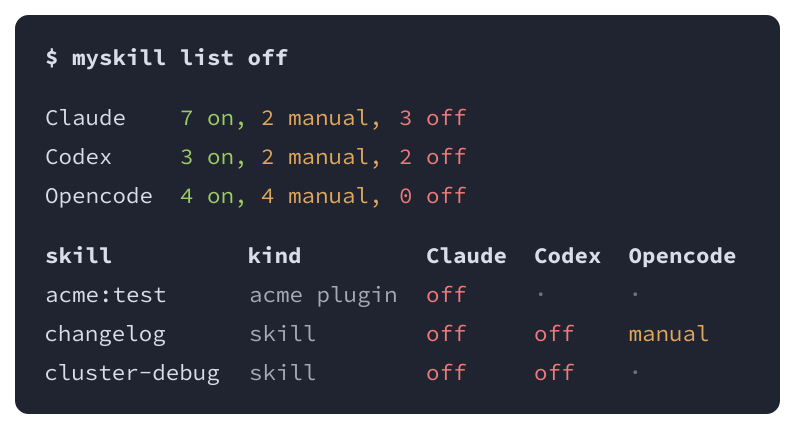
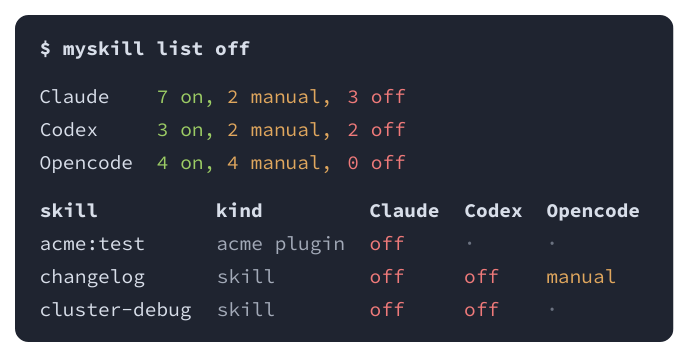
Before and after one commit to vadbosh/myskills: the diagram in docs/list-off.d2, drawn with D2. The commit also changed 4 other files, not shown here.

```diff
--- a/docs/list-off.d2
+++ b/docs/list-off.d2
@@ -2,13 +2,13 @@
 vars: {d2-config: {pad: 0}}
 term: "" {
   grid-columns: 1
-  grid-gap: 14
+  grid-gap: 10
   style: {fill: "#1f2430"; stroke: "#1f2430"; border-radius: 8}
   prompt: '$ myskill list off' {
-    width: 182
-    height: 26
+    width: 158
+    height: 22
     label.near: center-left
-    style: {fill: transparent; stroke-width: 0; font: mono; font-size: 15; font-color: "#d8dee9"; bold: true}
+    style: {fill: transparent; stroke-width: 0; font: mono; font-size: 13; font-color: "#d8dee9"; bold: true}
   }
   summary: "" {
     grid-rows: 3
@@ -16,76 +16,76 @@
     grid-gap: 0
     style: {fill: transparent; stroke-width: 0}
     r0c0: 'Claude' {
-      width: 91
-      height: 26
+      width: 79
+      height: 22
       label.near: center-left
-      style: {fill: transparent; stroke-width: 0; font: mono; font-size: 15; font-color: "#d8dee9"; bold: false}
+      style: {fill: transparent; stroke-width: 0; font: mono; font-size: 13; font-color: "#d8dee9"; bold: false}
     }
     r0c1: '7 on,' {
-      width: 54
-      height: 26
+      width: 47
+      height: 22
       label.near: center-left
-      style: {fill: transparent; stroke-width: 0; font: mono; font-size: 15; font-color: "#9ccc65"; bold: false}
+      style: {fill: transparent; stroke-width: 0; font: mono; font-size: 13; font-color: "#9ccc65"; bold: false}
     }
     r0c2: '2 manual,' {
-      width: 91
-      height: 26
+      width: 79
+      height: 22
       label.near: center-left
-      style: {fill: transparent; stroke-width: 0; font: mono; font-size: 15; font-color: "#e0a75e"; bold: false}
+      style: {fill: transparent; stroke-width: 0; font: mono; font-size: 13; font-color: "#e0a75e"; bold: false}
     }
     r0c3: '3 off' {
-      width: 54
-      height: 26
+      width: 47
+      height: 22
       label.near: center-left
-      style: {fill: transparent; stroke-width: 0; font: mono; font-size: 15; font-color: "#ef7a7a"; bold: false}
+      style: {fill: transparent; stroke-width: 0; font: mono; font-size: 13; font-color: "#ef7a7a"; bold: false}
     }
     r1c0: 'Codex' {
-      width: 91
-      height: 26
+      width: 79
+      height: 22
       label.near: center-left
-      style: {fill: transparent; stroke-width: 0; font: mono; font-size: 15; font-color: "#d8dee9"; bold: false}
+      style: {fill: transparent; stroke-width: 0; font: mono; font-size: 13; font-color: "#d8dee9"; bold: false}
     }
     r1c1: '3 on,' {
-      width: 54
-      height: 26
+      width: 47
+      height: 22
       label.near: center-left
-      style: {fill: transparent; stroke-width: 0; font: mono; font-size: 15; font-color: "#9ccc65"; bold: false}
+      style: {fill: transparent; stroke-width: 0; font: mono; font-size: 13; font-color: "#9ccc65"; bold: false}
     }
     r1c2: '2 manual,' {
-      width: 91
-      height: 26
+      width: 79
+      height: 22
       label.near: center-left
-      style: {fill: transparent; stroke-width: 0; font: mono; font-size: 15; font-color: "#e0a75e"; bold: false}
+      style: {fill: transparent; stroke-width: 0; font: mono; font-size: 13; font-color: "#e0a75e"; bold: false}
     }
     r1c3: '2 off' {
-      width: 54
-      height: 26
+      width: 47
+      height: 22
       label.near: center-left
-      style: {fill: transparent; stroke-width: 0; font: mono; font-size: 15; font-color: "#ef7a7a"; bold: false}
+      style: {fill: transparent; stroke-width: 0; font: mono; font-size: 13; font-color: "#ef7a7a"; bold: false}
     }
     r2c0: 'Opencode' {
-      width: 91
-      height: 26
+      width: 79
+      height: 22
       label.near: center-left
-      style: {fill: transparent; stroke-width: 0; font: mono; font-size: 15; font-color: "#d8dee9"; bold: false}
+      style: {fill: transparent; stroke-width: 0; font: mono; font-size: 13; font-color: "#d8dee9"; bold: false}
     }
     r2c1: '4 on,' {
-      width: 54
-      height: 26
+      width: 47
+      height: 22
       label.near: center-left
-      style: {fill: transparent; stroke-width: 0; font: mono; font-size: 15; font-color: "#9ccc65"; bold: false}
+      style: {fill: transparent; stroke-width: 0; font: mono; font-size: 13; font-color: "#9ccc65"; bold: false}
     }
     r2c2: '4 manual,' {
-      width: 91
-      height: 26
+      width: 79
+      height: 22
       label.near: center-left
-      style: {fill: transparent; stroke-width: 0; font: mono; font-size: 15; font-color: "#e0a75e"; bold: false}
+      style: {fill: transparent; stroke-width: 0; font: mono; font-size: 13; font-color: "#e0a75e"; bold: false}
     }
     r2c3: '0 off' {
-      width: 54
-      height: 26
+      width: 47
+      height: 22
       label.near: center-left
-      style: {fill: transparent; stroke-width: 0; font: mono; font-size: 15; font-color: "#ef7a7a"; bold: false}
+      style: {fill: transparent; stroke-width: 0; font: mono; font-size: 13; font-color: "#ef7a7a"; bold: false}
     }
   }
   table: "" {
@@ -94,124 +94,124 @@
     grid-gap: 0
     style: {fill: transparent; stroke-width: 0}
     r0c0: 'skill' {
-      width: 136
-      height: 26
+      width: 118
+      height: 22
       label.near: center-left
-      style: {fill: transparent; stroke-width: 0; font: mono; font-size: 15; font-color: "#d8dee9"; bold: true}
+      style: {fill: transparent; stroke-width: 0; font: mono; font-size: 13; font-color: "#d8dee9"; bold: true}
     }
     r0c1: 'kind' {
-      width: 118
-      height: 26
+      width: 102
+      height: 22
       label.near: center-left
-      style: {fill: transparent; stroke-width: 0; font: mono; font-size: 15; font-color: "#d8dee9"; bold: true}
+      style: {fill: transparent; stroke-width: 0; font: mono; font-size: 13; font-color: "#d8dee9"; bold: true}
     }
     r0c2: 'Claude' {
-      width: 72
-      height: 26
+      width: 63
+      height: 22
       label.near: center-left
-      style: {fill: transparent; stroke-width: 0; font: mono; font-size: 15; font-color: "#d8dee9"; bold: true}
+      style: {fill: transparent; stroke-width: 0; font: mono; font-size: 13; font-color: "#d8dee9"; bold: true}
     }
     r0c3: 'Codex' {
-      width: 63
-      height: 26
+      width: 55
+      height: 22
       label.near: center-left
-      style: {fill: transparent; stroke-width: 0; font: mono; font-size: 15; font-color: "#d8dee9"; bold: true}
+      style: {fill: transparent; stroke-width: 0; font: mono; font-size: 13; font-color: "#d8dee9"; bold: true}
     }
     r0c4: 'Opencode' {
-      width: 91
-      height: 26
+      width: 79
+      height: 22
       label.near: center-left
-      style: {fill: transparent; stroke-width: 0; font: mono; font-size: 15; font-color: "#d8dee9"; bold: true}
+      style: {fill: transparent; stroke-width: 0; font: mono; font-size: 13; font-color: "#d8dee9"; bold: true}
     }
     r1c0: 'acme:test' {
-      width: 136
-      height: 26
+      width: 118
+      height: 22
       label.near: center-left
-      style: {fill: transparent; stroke-width: 0; font: mono; font-size: 15; font-color: "#d8dee9"; bold: false}
+      style: {fill: transparent; stroke-width: 0; font: mono; font-size: 13; font-color: "#d8dee9"; bold: false}
     }
     r1c1: 'acme plugin' {
-      width: 118
-      height: 26
+      width: 102
+      height: 22
       label.near: center-left
-      style: {fill: transparent; stroke-width: 0; font: mono; font-size: 15; font-color: "#a3aab8"; bold: false}
+      style: {fill: transparent; stroke-width: 0; font: mono; font-size: 13; font-color: "#a3aab8"; bold: false}
     }
     r1c2: 'off' {
-      width: 72
-      height: 26
+      width: 63
+      height: 22
       label.near: center-left
-      style: {fill: transparent; stroke-width: 0; font: mono; font-size: 15; font-color: "#ef7a7a"; bold: false}
+      style: {fill: transparent; stroke-width: 0; font: mono; font-size: 13; font-color: "#ef7a7a"; bold: false}
     }
     r1c3: '·' {
-      width: 63
-      height: 26
+      width: 55
+      height: 22
       label.near: center-left
-      style: {fill: transparent; stroke-width: 0; font: mono; font-size: 15; font-color: "#6b7280"; bold: false}
+      style: {fill: transparent; stroke-width: 0; font: mono; font-size: 13; font-color: "#6b7280"; bold: false}
     }
     r1c4: '·' {
-      width: 91
-      height: 26
+      width: 79
+      height: 22
       label.near: center-left
-      style: {fill: transparent; stroke-width: 0; font: mono; font-size: 15; font-color: "#6b7280"; bold: false}
+      style: {fill: transparent; stroke-width: 0; font: mono; font-size: 13; font-color: "#6b7280"; bold: false}
     }
     r2c0: 'changelog' {
-      width: 136
-      height: 26
+      width: 118
+      height: 22
       label.near: center-left
-      style: {fill: transparent; stroke-width: 0; font: mono; font-size: 15; font-color: "#d8dee9"; bold: false}
+      style: {fill: transparent; stroke-width: 0; font: mono; font-size: 13; font-color: "#d8dee9"; bold: false}
     }
     r2c1: 'skill' {
-      width: 118
-      height: 26
+      width: 102
+      height: 22
       label.near: center-left
-      style: {fill: transparent; stroke-width: 0; font: mono; font-size: 15; font-color: "#a3aab8"; bold: false}
+      style: {fill: transparent; stroke-width: 0; font: mono; font-size: 13; font-color: "#a3aab8"; bold: false}
     }
     r2c2: 'off' {
-      width: 72
-      height: 26
+      width: 63
+      height: 22
       label.near: center-left
-      style: {fill: transparent; stroke-width: 0; font: mono; font-size: 15; font-color: "#ef7a7a"; bold: false}
+      style: {fill: transparent; stroke-width: 0; font: mono; font-size: 13; font-color: "#ef7a7a"; bold: false}
     }
     r2c3: 'off' {
-      width: 63
-      height: 26
+      width: 55
+      height: 22
       label.near: center-left
-      style: {fill: transparent; stroke-width: 0; font: mono; font-size: 15; font-color: "#ef7a7a"; bold: false}
+      style: {fill: transparent; stroke-width: 0; font: mono; font-size: 13; font-color: "#ef7a7a"; bold: false}
     }
     r2c4: 'manual' {
-      width: 91
-      height: 26
+      width: 79
+      height: 22
       label.near: center-left
-      style: {fill: transparent; stroke-width: 0; font: mono; font-size: 15; font-color: "#e0a75e"; bold: false}
+      style: {fill: transparent; stroke-width: 0; font: mono; font-size: 13; font-color: "#e0a75e"; bold: false}
     }
     r3c0: 'cluster-debug' {
-      width: 136
-      height: 26
+      width: 118
+      height: 22
       label.near: center-left
-      style: {fill: transparent; stroke-width: 0; font: mono; font-size: 15; font-color: "#d8dee9"; bold: false}
+      style: {fill: transparent; stroke-width: 0; font: mono; font-size: 13; font-color: "#d8dee9"; bold: false}
     }
     r3c1: 'skill' {
-      width: 118
-      height: 26
+      width: 102
+      height: 22
       label.near: center-left
-      style: {fill: transparent; stroke-width: 0; font: mono; font-size: 15; font-color: "#a3aab8"; bold: false}
+      style: {fill: transparent; stroke-width: 0; font: mono; font-size: 13; font-color: "#a3aab8"; bold: false}
     }
     r3c2: 'off' {
-      width: 72
-      height: 26
+      width: 63
+      height: 22
       label.near: center-left
-      style: {fill: transparent; stroke-width: 0; font: mono; font-size: 15; font-color: "#ef7a7a"; bold: false}
+      style: {fill: transparent; stroke-width: 0; font: mono; font-size: 13; font-color: "#ef7a7a"; bold: false}
     }
     r3c3: 'off' {
-      width: 63
-      height: 26
+      width: 55
+      height: 22
       label.near: center-left
-      style: {fill: transparent; stroke-width: 0; font: mono; font-size: 15; font-color: "#ef7a7a"; bold: false}
+      style: {fill: transparent; stroke-width: 0; font: mono; font-size: 13; font-color: "#ef7a7a"; bold: false}
     }
     r3c4: '·' {
-      width: 91
-      height: 26
+      width: 79
+      height: 22
       label.near: center-left
-      style: {fill: transparent; stroke-width: 0; font: mono; font-size: 15; font-color: "#6b7280"; bold: false}
+      style: {fill: transparent; stroke-width: 0; font: mono; font-size: 13; font-color: "#6b7280"; bold: false}
     }
   }
 }
```
